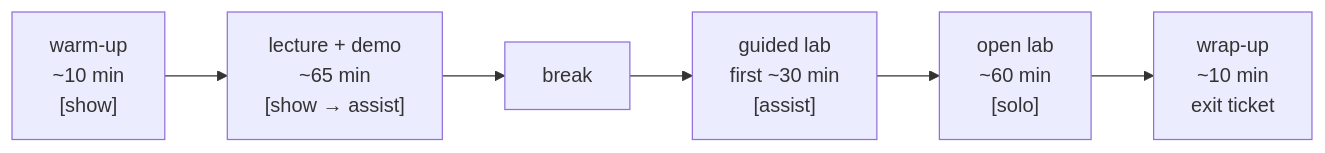
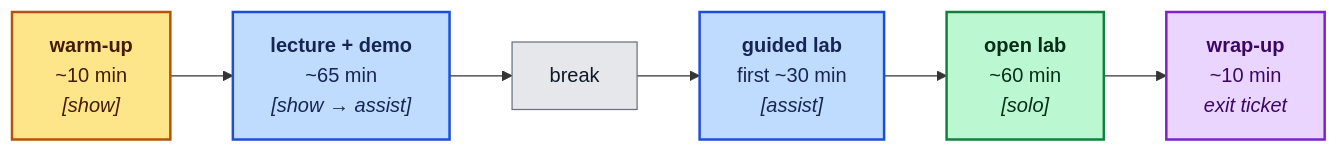
The first of 3 diagrams in intro-ai-tools/ACTIVITY_CONCEPTS.md (mvalancy/lesson-plans), drawn with Mermaid before and after one commit. The commit also changed other lines of this file and 1 other file, not shown here.

First line of the commit message:
Style the mermaid diagrams: color-coded nodes, bold titles, thread groupings

````diff
--- a/intro-ai-tools/ACTIVITY_CONCEPTS.md
+++ b/intro-ai-tools/ACTIVITY_CONCEPTS.md
@@ -43,8 +43,19 @@
 ```mermaid
 flowchart LR
-    W["warm-up<br/>~10 min<br/>[show]"] --> L["lecture + demo<br/>~65 min<br/>[show → assist]"]
+    W["<b>warm-up</b><br/>~10 min<br/><i>[show]</i>"] --> L["<b>lecture + demo</b><br/>~65 min<br/><i>[show → assist]</i>"]
     L --> B["break"]
-    B --> G["guided lab<br/>first ~30 min<br/>[assist]"]
-    G --> S["open lab<br/>~60 min<br/>[solo]"]
-    S --> X["wrap-up<br/>~10 min<br/>exit ticket"]
+    B --> G["<b>guided lab</b><br/>first ~30 min<br/><i>[assist]</i>"]
+    G --> S["<b>open lab</b><br/>~60 min<br/><i>[solo]</i>"]
+    S --> X["<b>wrap-up</b><br/>~10 min<br/><i>exit ticket</i>"]
+
+    classDef show fill:#fde68a,stroke:#b45309,stroke-width:2px,color:#451a03
+    classDef assist fill:#bfdbfe,stroke:#1d4ed8,stroke-width:2px,color:#172554
+    classDef solo fill:#bbf7d0,stroke:#15803d,stroke-width:2px,color:#052e16
+    classDef rest fill:#e5e7eb,stroke:#6b7280,stroke-width:1px,color:#111827
+    classDef wrap fill:#e9d5ff,stroke:#7e22ce,stroke-width:2px,color:#3b0764
+    class W show
+    class L,G assist
+    class S solo
+    class B rest
+    class X wrap
 ```
````
